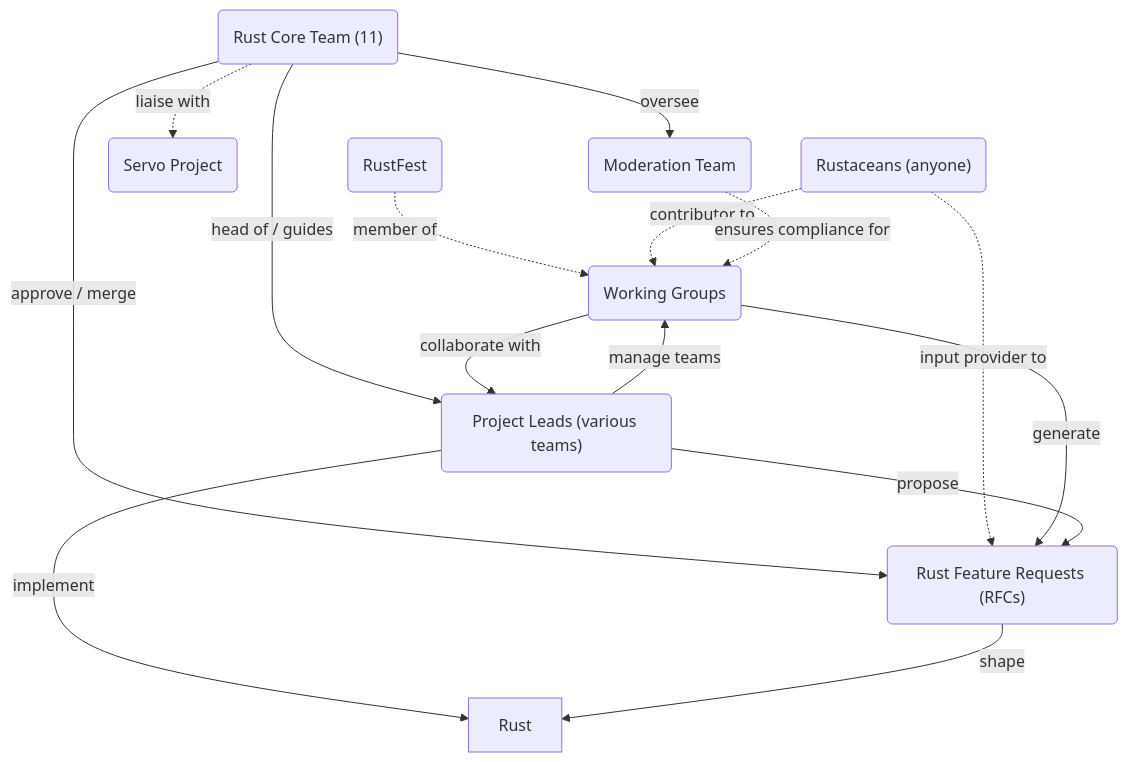
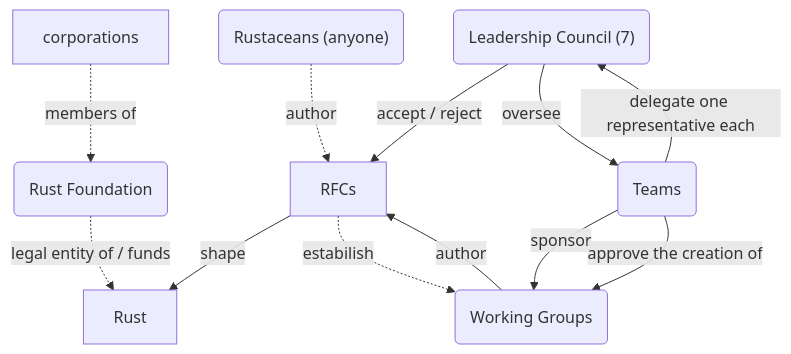
One commit to gy-mate/talks changed the second of 4 diagrams in 2024-12-10_BME_FLOSS_assignment/slides.md. Above: the diagram before and after it, drawn with Mermaid. The commit also changed other lines of this file, not shown here.

Commit message:
Add PEP & Rust diagrams; add used programs

````diff
--- a/2024-12-10_BME_FLOSS_assignment/slides.md
+++ b/2024-12-10_BME_FLOSS_assignment/slides.md
@@ -137,31 +148,28 @@
 ```mermaid
-flowchart TD                                                                  
-    RustFest("RustFest")                                                      
-    Servo("Servo Project")                                                    
-    Core("Rust Core Team (11)")                                               
-    Moderation("Moderation Team")                                             
-    ProjectLeads("Project Leads (various teams)")                             
-    WorkingGroups("Working Groups")                                           
-    Users("Rustaceans (anyone)")                                              
-    RFCs("Rust Feature Requests (RFCs)")                                      
-                                                                                
-    RustFest -.member of.-> WorkingGroups                                     
-                                                                                
-    Core -->|head of / guides| ProjectLeads                                   
-    Core -->|approve / merge| RFCs                                            
-    Core -->|oversee| Moderation                                              
-    Core -.liaise with.-> Servo                                               
-                                                                                
-    Users -."contributor to".-> WorkingGroups                                   
-    Users -."input provider to".-> RFCs                                         
-                                                                                
-    WorkingGroups -->|collaborate with| ProjectLeads                          
-    WorkingGroups -->|generate| RFCs                                          
-                                                                                
-    ProjectLeads -->|implement| Rust                                          
-    ProjectLeads -->|manage teams| WorkingGroups                              
-    ProjectLeads -->|propose| RFCs                                            
-                                                                                
-    RFCs -->|shape| Rust                                                      
-    Moderation -.ensures compliance for.-> WorkingGroups
+flowchart TD
+    council("Leadership Council (7)")
+    teams("Teams")
+    WGs("Working Groups")
+    users("Rustaceans (anyone)")
+    RFCs
+    Foundation("Rust Foundation")
+    corporations
+
+    corporations -.members of.-> Foundation
+
+    Foundation -.legal entity of / funds.-> Rust
+
+    council -->|accept / reject| RFCs
+    council -->|oversee| teams
+
+    users -."author".-> RFCs
+
+    WGs -->|author| RFCs
+
+    RFCs -->|shape| Rust
+    RFCs -.estabilish.-> WGs
+
+    teams -->|sponsor| WGs
+    teams -->|delegate one representative each| council
+    teams -->|approve the creation of| WGs
 ```
````
